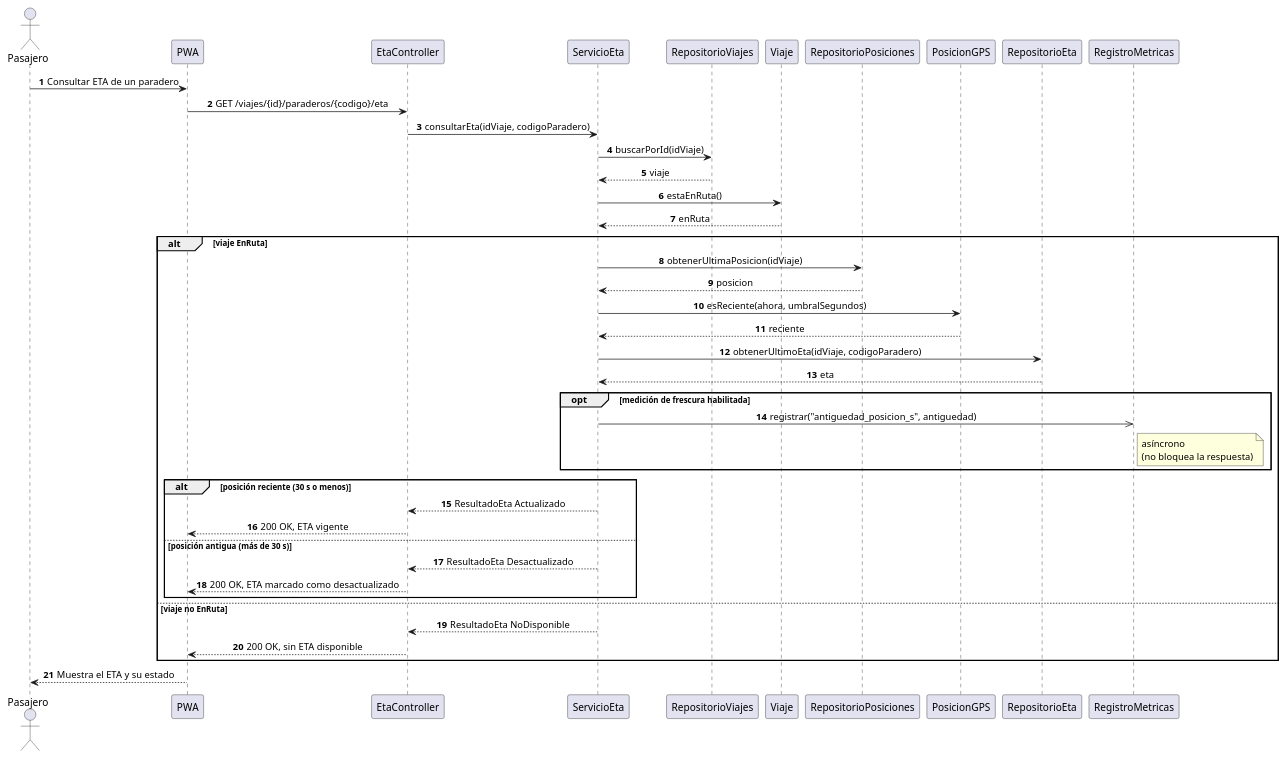
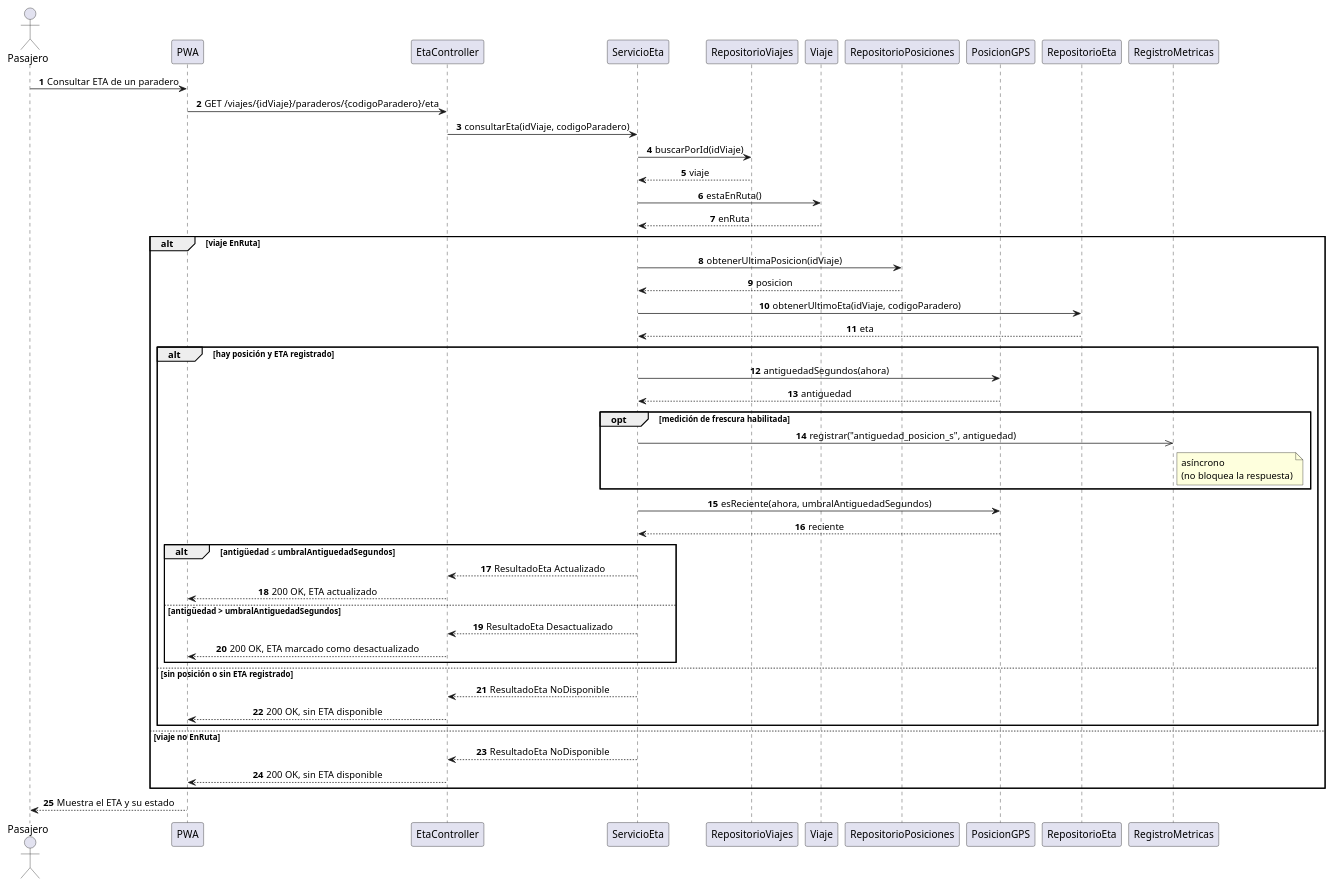
Before and after one commit to Camila-Alarico/cs-2026b-lab04--grupo06: the diagram in docs/design/secuencia-consultar-eta.puml, drawn with PlantUML. The commit also changed 15 other files, not shown here.

```diff
--- a/docs/design/secuencia-consultar-eta.puml
+++ b/docs/design/secuencia-consultar-eta.puml
@@ -1,47 +1,54 @@
 @startuml secuencia-consultar-eta
 skinparam shadowing false
 skinparam defaultFontName Arial
 skinparam sequenceMessageAlign center
 autonumber
 actor Pasajero
 participant "PWA" as UI
 participant "EtaController" as C
 participant "ServicioEta" as S
 participant "RepositorioViajes" as RV
 participant "Viaje" as V
 participant "RepositorioPosiciones" as RP
 participant "PosicionGPS" as P
 participant "RepositorioEta" as RE
 participant "RegistroMetricas" as M
 
 Pasajero -> UI : Consultar ETA de un paradero
-UI -> C : GET /viajes/{id}/paraderos/{codigo}/eta
+UI -> C : GET /viajes/{idViaje}/paraderos/{codigoParadero}/eta
 C -> S : consultarEta(idViaje, codigoParadero)
 S -> RV : buscarPorId(idViaje)
 RV --> S : viaje
 S -> V : estaEnRuta()
 V --> S : enRuta
 alt viaje EnRuta
   S -> RP : obtenerUltimaPosicion(idViaje)
   RP --> S : posicion
-  S -> P : esReciente(ahora, umbralSegundos)
-  P --> S : reciente
   S -> RE : obtenerUltimoEta(idViaje, codigoParadero)
   RE --> S : eta
-  opt medición de frescura habilitada
-    S ->> M : registrar("antiguedad_posicion_s", antiguedad)
-    note right of M : asíncrono\n(no bloquea la respuesta)
-  end
-  alt posición reciente (30 s o menos)
-    S --> C : ResultadoEta Actualizado
-    C --> UI : 200 OK, ETA vigente
-  else posición antigua (más de 30 s)
-    S --> C : ResultadoEta Desactualizado
-    C --> UI : 200 OK, ETA marcado como desactualizado
+  alt hay posición y ETA registrado
+    S -> P : antiguedadSegundos(ahora)
+    P --> S : antiguedad
+    opt medición de frescura habilitada
+      S ->> M : registrar("antiguedad_posicion_s", antiguedad)
+      note right of M : asíncrono\n(no bloquea la respuesta)
+    end
+    S -> P : esReciente(ahora, umbralAntiguedadSegundos)
+    P --> S : reciente
+    alt antigüedad ≤ umbralAntiguedadSegundos
+      S --> C : ResultadoEta Actualizado
+      C --> UI : 200 OK, ETA actualizado
+    else antigüedad > umbralAntiguedadSegundos
+      S --> C : ResultadoEta Desactualizado
+      C --> UI : 200 OK, ETA marcado como desactualizado
+    end
+  else sin posición o sin ETA registrado
+    S --> C : ResultadoEta NoDisponible
+    C --> UI : 200 OK, sin ETA disponible
   end
 else viaje no EnRuta
   S --> C : ResultadoEta NoDisponible
   C --> UI : 200 OK, sin ETA disponible
 end
 UI --> Pasajero : Muestra el ETA y su estado
 @enduml
```
